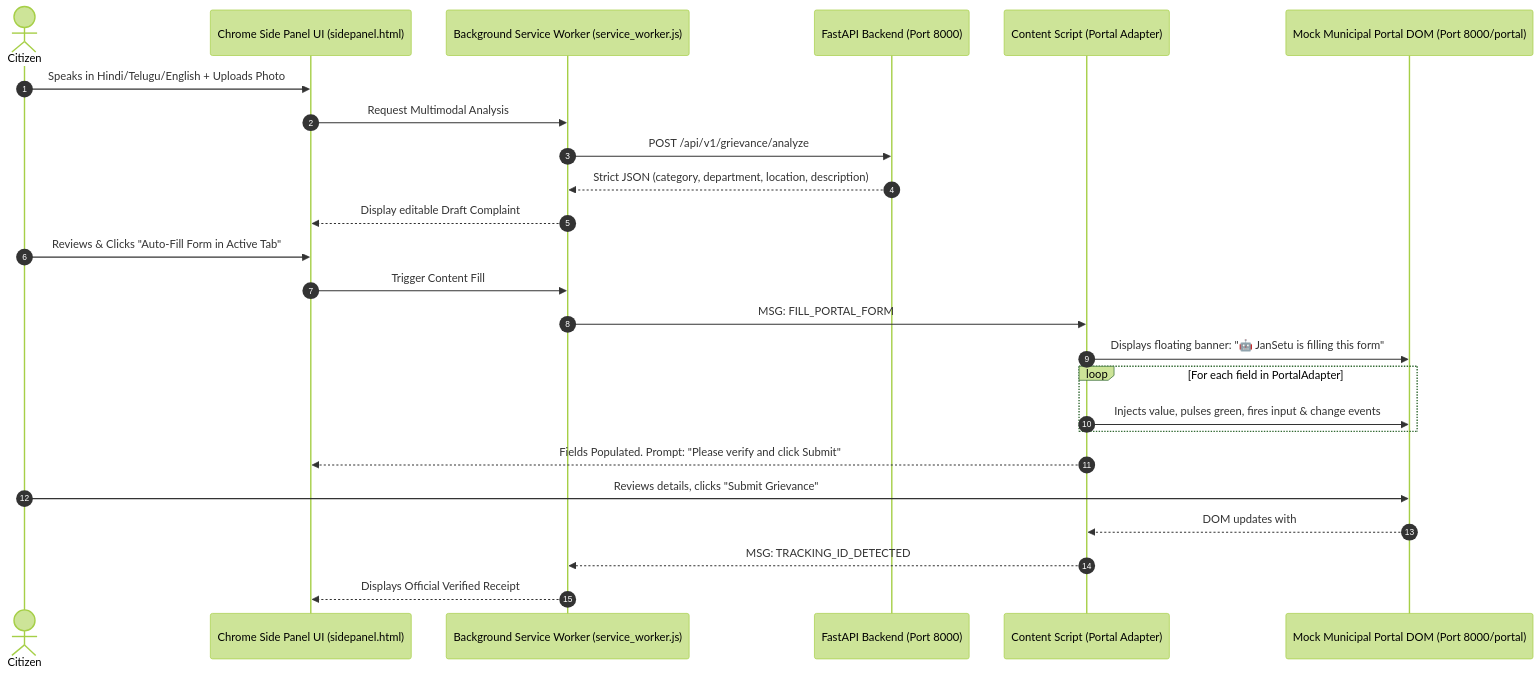
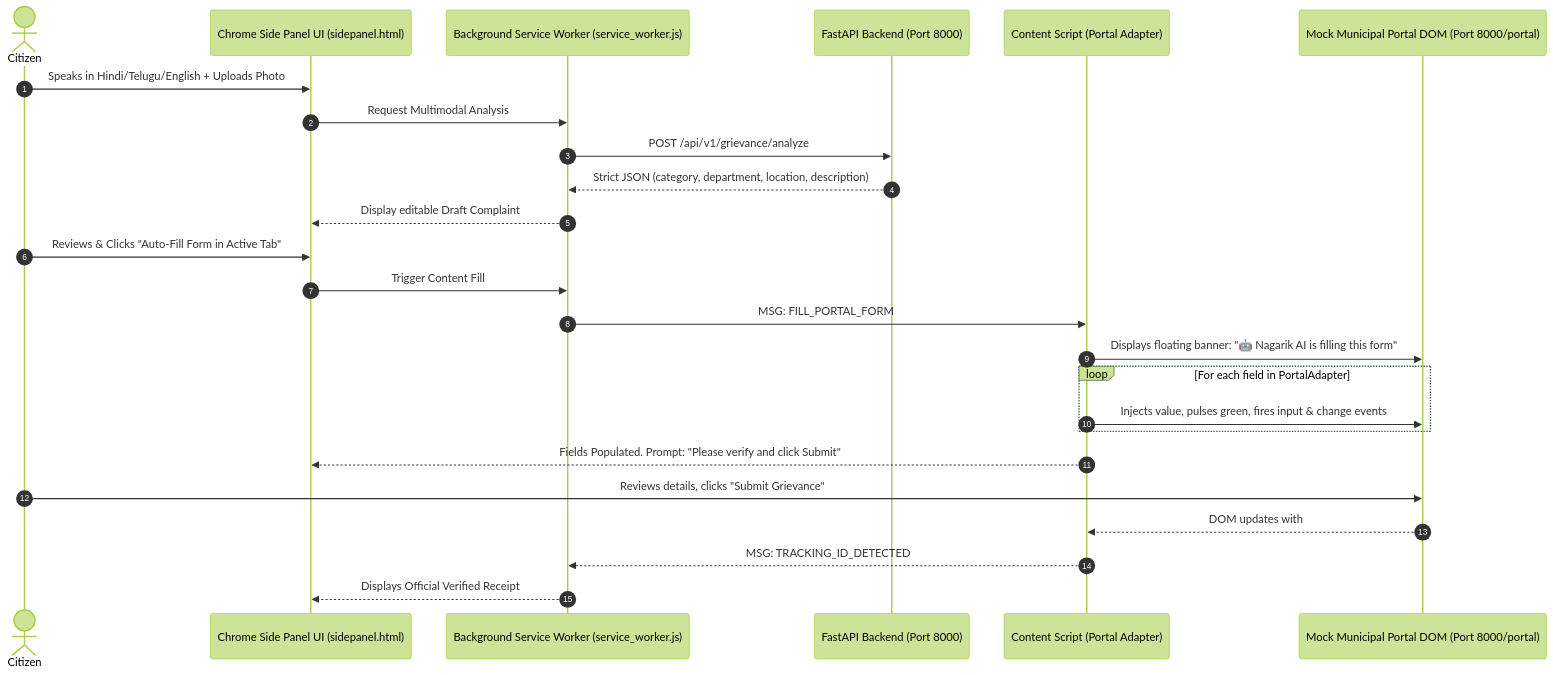
Before and after one commit to baliharsha999/forge26: the diagram in README.md, drawn with Mermaid (forest theme). The commit also changed other lines of this file and 39 other files, not shown here.

````diff
--- a/README.md
+++ b/README.md
@@ -37,28 +38,28 @@
 ```mermaid
 sequenceDiagram
     autonumber
     actor Citizen
     participant SidePanel as Chrome Side Panel UI (sidepanel.html)
     participant Worker as Background Service Worker (service_worker.js)
     participant Backend as FastAPI Backend (Port 8000)
     participant Content as Content Script (Portal Adapter)
     participant Portal as Mock Municipal Portal DOM (Port 8000/portal)
 
     Citizen->>SidePanel: Speaks in Hindi/Telugu/English + Uploads Photo
     SidePanel->>Worker: Request Multimodal Analysis
     Worker->>Backend: POST /api/v1/grievance/analyze
     Backend-->>Worker: Strict JSON (category, department, location, description)
     Worker-->>SidePanel: Display editable Draft Complaint
     Citizen->>SidePanel: Reviews & Clicks "Auto-Fill Form in Active Tab"
     SidePanel->>Worker: Trigger Content Fill
     Worker->>Content: MSG: FILL_PORTAL_FORM
-    Content->>Portal: Displays floating banner: "🤖 JanSetu is filling this form"
+    Content->>Portal: Displays floating banner: "🤖 Nagarik AI is filling this form"
     loop For each field in PortalAdapter
         Content->>Portal: Injects value, pulses green, fires input & change events
     end
     Content-->>SidePanel: Fields Populated. Prompt: "Please verify and click Submit"
     Citizen->>Portal: Reviews details, clicks "Submit Grievance"
     Portal-->>Content: DOM updates with #tracking-id (e.g. CP-2026-XXXXX)
     Content-->>Worker: MSG: TRACKING_ID_DETECTED
     Worker-->>SidePanel: Displays Official Verified Receipt
 ```
````
